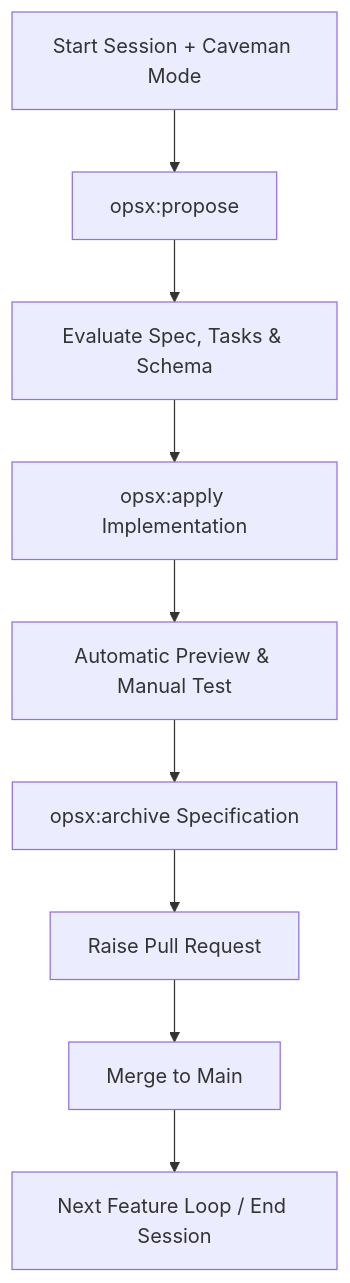
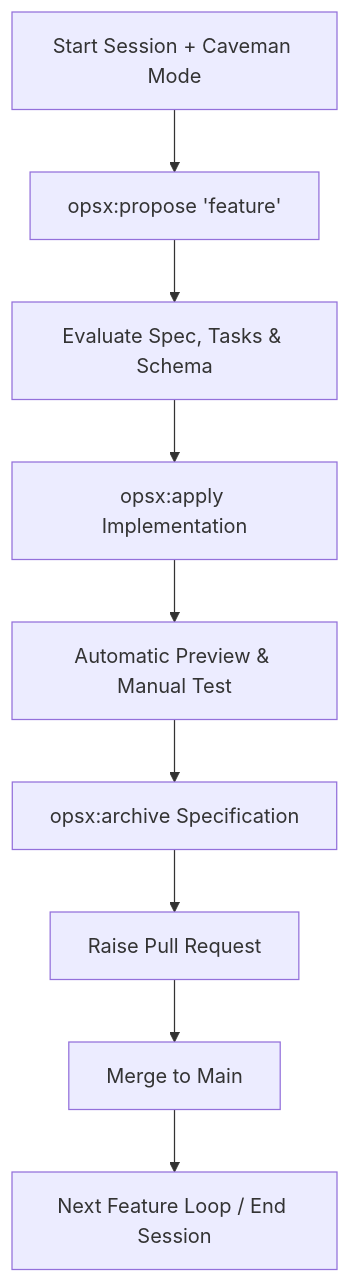
One commit to prule/pauls-blog changed the diagram in content/post/coding/2026/catchup-1/index.md. Above: the diagram before and after it, drawn with Mermaid. The commit also changed other lines of this file, not shown here.

```diff
--- a/content/post/coding/2026/catchup-1/index.md
+++ b/content/post/coding/2026/catchup-1/index.md
@@ -72,11 +76,11 @@
 {{< mermaid >}}
 graph TD
-    A[Start Session + Caveman Mode] --> B[opsx:propose <feature>]
+    A[Start Session + Caveman Mode] --> B["opsx:propose 'feature'"]
     B --> C[Evaluate Spec, Tasks & Schema]
     C --> D[opsx:apply Implementation]
     D --> E[Automatic Preview & Manual Test]
     E --> F[opsx:archive Specification]
     F --> H[Raise Pull Request]
     H --> I[Merge to Main]
-    I --> G[Next Feature Loop / End Session]
+    I --> G["Next Feature Loop / End Session"]
 {{< /mermaid >}}
```
